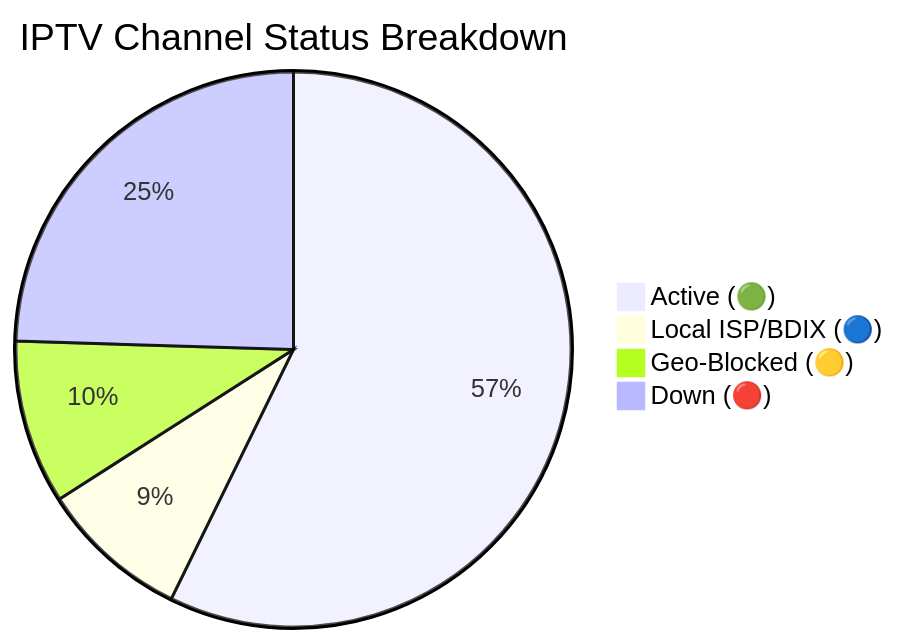
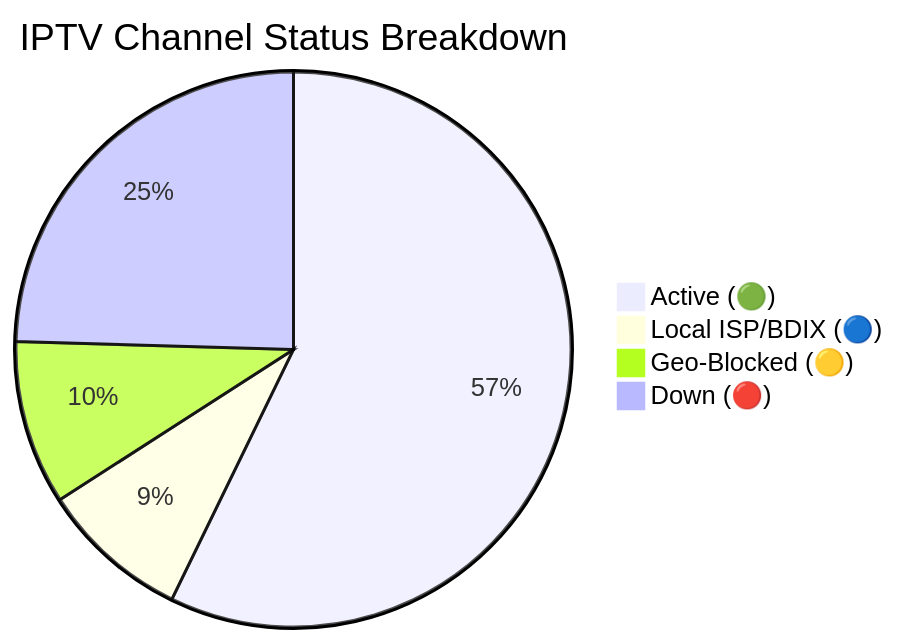
The diagram in README.md (Zaman-Topu/Ip-tv-Collection), drawn with Mermaid before and after one commit. The commit also changed other lines of this file and 6 other files, not shown here.

````diff
--- a/README.md
+++ b/README.md
@@ -149,7 +149,7 @@
 ```mermaid
 pie title IPTV Channel Status Breakdown
-    "Active (🟢)" : 10748
-    "Local ISP/BDIX (🔵)" : 1633
-    "Geo-Blocked (🟡)" : 1789
-    "Down (🔴)" : 4603
+    "Active (🟢)" : 10758
+    "Local ISP/BDIX (🔵)" : 1634
+    "Geo-Blocked (🟡)" : 1796
+    "Down (🔴)" : 4615
 ```
````
